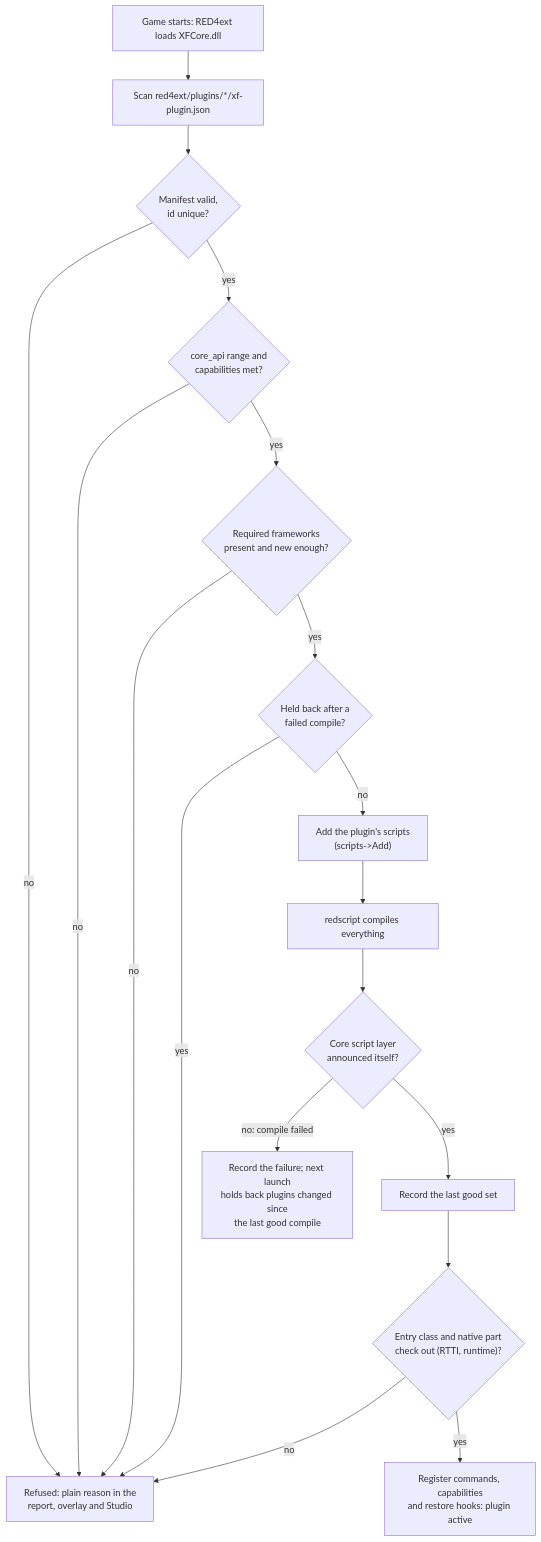
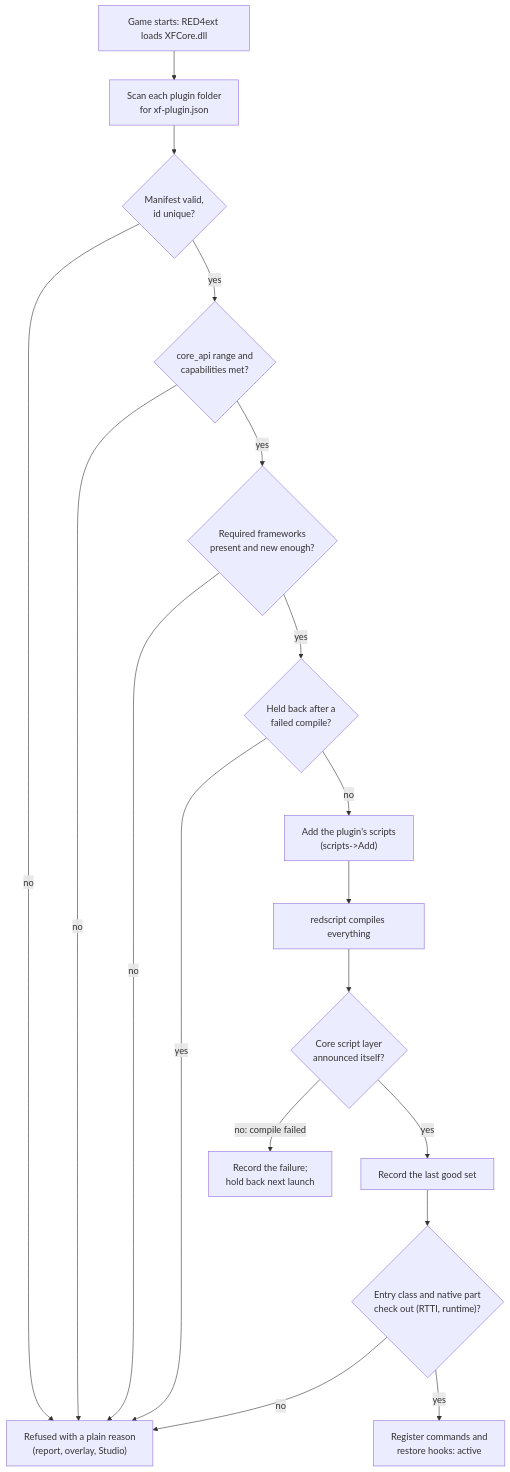
Before and after one commit to axefrog/xf-studio: the second of 3 diagrams in research/runtime/xf-core-architecture.md, drawn with Mermaid. The commit also changed other lines of this file, not shown here.

First line of the commit message:
XF Core architecture: diagrams rendered and inspected, visual review recorded

````diff
--- a/research/runtime/xf-core-architecture.md
+++ b/research/runtime/xf-core-architecture.md
@@ -199,20 +191,20 @@
 ```mermaid
 flowchart TD
-  A["Game starts: RED4ext loads XFCore.dll"] --> B["Scan red4ext/plugins/*/xf-plugin.json"]
+  A["Game starts: RED4ext loads XFCore.dll"] --> B["Scan each plugin folder<br/>for xf-plugin.json"]
   B --> C{"Manifest valid,<br/>id unique?"}
-  C -- no --> R["Refused: plain reason in the<br/>report, overlay and Studio"]
+  C -- no --> R["Refused with a plain reason<br/>(report, overlay, Studio)"]
   C -- yes --> D{"core_api range and<br/>capabilities met?"}
   D -- no --> R
   D -- yes --> E{"Required frameworks<br/>present and new enough?"}
   E -- no --> R
   E -- yes --> F{"Held back after a<br/>failed compile?"}
   F -- yes --> R
   F -- no --> G["Add the plugin's scripts<br/>(scripts->Add)"]
   G --> H["redscript compiles everything"]
   H --> I{"Core script layer<br/>announced itself?"}
-  I -- "no: compile failed" --> Q["Record the failure; next launch<br/>holds back plugins changed since<br/>the last good compile"]
+  I -- "no: compile failed" --> Q["Record the failure;<br/>hold back next launch"]
   I -- yes --> J["Record the last good set"]
   J --> K{"Entry class and native part<br/>check out (RTTI, runtime)?"}
   K -- no --> R
-  K -- yes --> L["Register commands, capabilities<br/>and restore hooks: plugin active"]
+  K -- yes --> L["Register commands and<br/>restore hooks: active"]
 ```
````
